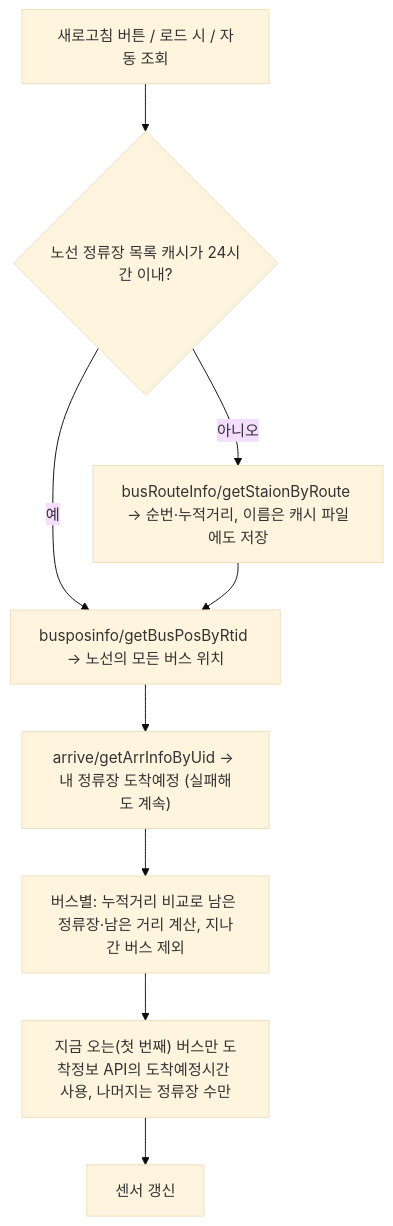
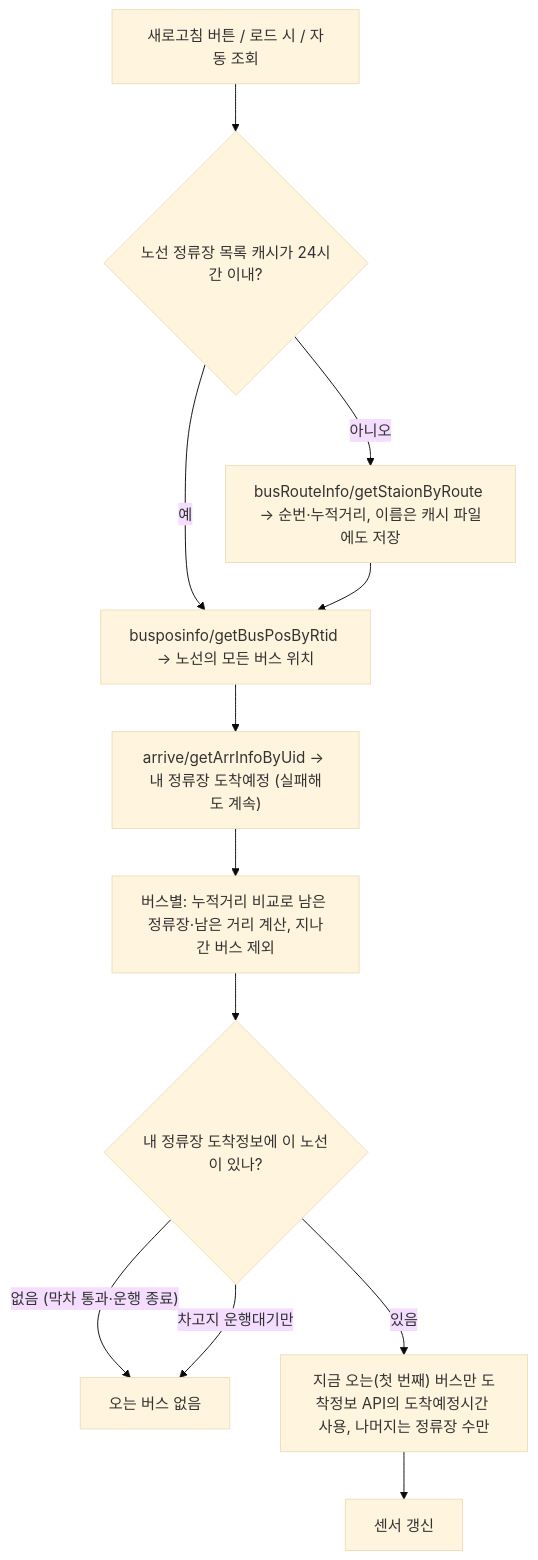
The third of 5 diagrams in README.md (phoenix9469/DaejeonBus_HA), drawn with Mermaid (base theme) before and after one commit. The commit also changed other lines of this file and 5 other files, not shown here.

````diff
--- a/README.md
+++ b/README.md
@@ -107,11 +107,14 @@
 ```mermaid
 flowchart TD
     A["새로고침 버튼 / 로드 시 / 자동 조회"] --> B{"노선 정류장 목록 캐시가 24시간 이내?"}
     B -- 아니오 --> C["busRouteInfo/getStaionByRoute → 순번·누적거리, 이름은 캐시 파일에도 저장"]
     B -- 예 --> D
     C --> D["busposinfo/getBusPosByRtid → 노선의 모든 버스 위치"]
     D --> E["arrive/getArrInfoByUid → 내 정류장 도착예정 (실패해도 계속)"]
     E --> F["버스별: 누적거리 비교로 남은 정류장·남은 거리 계산, 지나간 버스 제외"]
-    F --> G["지금 오는(첫 번째) 버스만 도착정보 API의 도착예정시간 사용, 나머지는 정류장 수만"]
+    F --> H{"내 정류장 도착정보에 이 노선이 있나?"}
+    H -- "없음 (막차 통과·운행 종료)" --> Z["오는 버스 없음"]
+    H -- "차고지 운행대기만" --> Z
+    H -- "있음" --> G["지금 오는(첫 번째) 버스만 도착정보 API의 도착예정시간 사용, 나머지는 정류장 수만"]
     G --> I["센서 갱신"]
 ```
````
